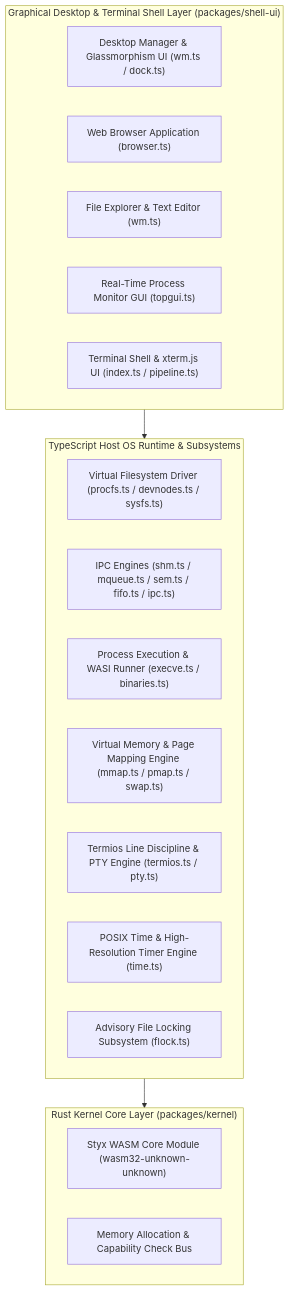
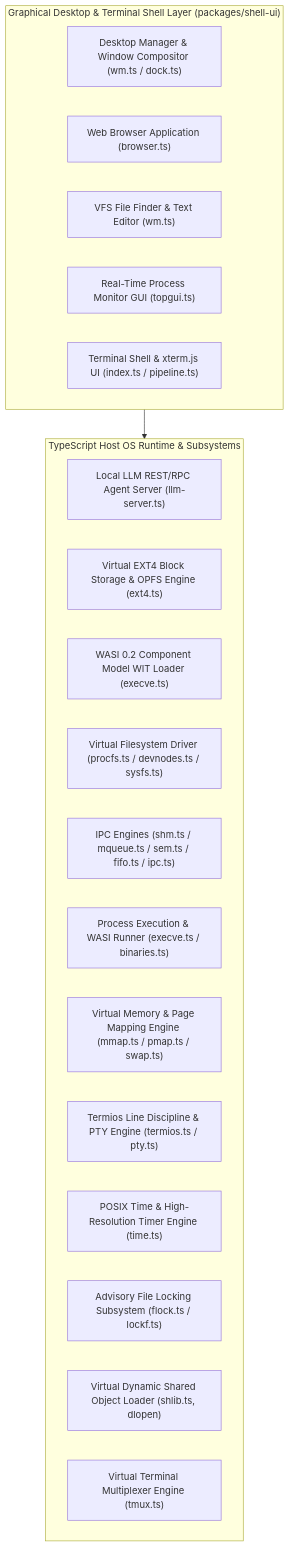
One commit to jpferreria/styx changed the diagram in wiki/Architecture.md. Above: the diagram before and after it, drawn with Mermaid. The commit also changed other lines of this file and 4 other files, not shown here.

````diff
--- a/wiki/Architecture.md
+++ b/wiki/Architecture.md
@@ -9,28 +9,27 @@
 ```mermaid
 graph TD
     subgraph UserInterface ["Graphical Desktop & Terminal Shell Layer (packages/shell-ui)"]
-        DESKTOP["Desktop Manager & Glassmorphism UI (wm.ts / dock.ts)"]
+        DESKTOP["Desktop Manager & Window Compositor (wm.ts / dock.ts)"]
         BROWSER["Web Browser Application (browser.ts)"]
-        FILE_EXP["File Explorer & Text Editor (wm.ts)"]
+        FILE_EXP["VFS File Finder & Text Editor (wm.ts)"]
         PROC_MON["Real-Time Process Monitor GUI (topgui.ts)"]
         TERM_SHELL["Terminal Shell & xterm.js UI (index.ts / pipeline.ts)"]
     end
 
     subgraph HostRuntime ["TypeScript Host OS Runtime & Subsystems"]
+        LLM_SERVER["Local LLM REST/RPC Agent Server (llm-server.ts)"]
+        EXT4_DRV["Virtual EXT4 Block Storage & OPFS Engine (ext4.ts)"]
+        WASI_LDR["WASI 0.2 Component Model WIT Loader (execve.ts)"]
         VFS_MGR["Virtual Filesystem Driver (procfs.ts / devnodes.ts / sysfs.ts)"]
         IPC_ENG["IPC Engines (shm.ts / mqueue.ts / sem.ts / fifo.ts / ipc.ts)"]
         PROC_ENG["Process Execution & WASI Runner (execve.ts / binaries.ts)"]
         MEM_ENG["Virtual Memory & Page Mapping Engine (mmap.ts / pmap.ts / swap.ts)"]
         TERM_ENG["Termios Line Discipline & PTY Engine (termios.ts / pty.ts)"]
         TIME_ENG["POSIX Time & High-Resolution Timer Engine (time.ts)"]
-        LOCK_ENG["Advisory File Locking Subsystem (flock.ts)"]
-    end
-
-    subgraph RustWasmCore ["Rust Kernel Core Layer (packages/kernel)"]
-        WASM_CORE["Styx WASM Core Module (wasm32-unknown-unknown)"]
-        MEMORY_BUS["Memory Allocation & Capability Check Bus"]
+        LOCK_ENG["Advisory File Locking Subsystem (flock.ts / lockf.ts)"]
+        SHLIB["Virtual Dynamic Shared Object Loader (shlib.ts, dlopen)"]
+        TMUX["Virtual Terminal Multiplexer Engine (tmux.ts)"]
     end
 
     UserInterface --> HostRuntime
-    HostRuntime --> RustWasmCore
 ```
````
